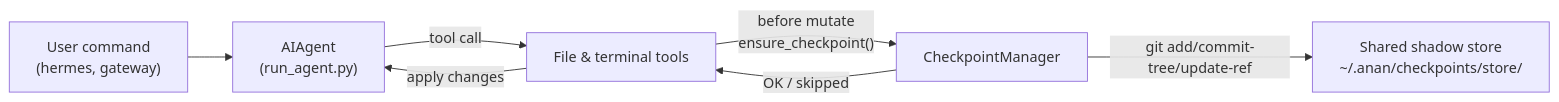
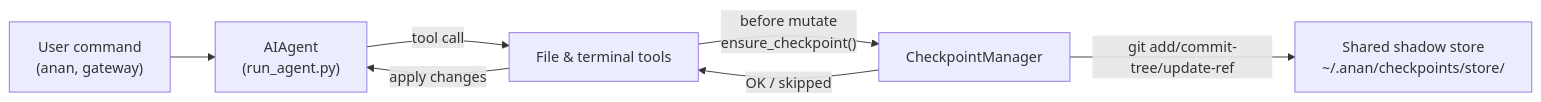
The diagram in website/docs/user-guide/checkpoints-and-rollback.md (sinoclaw/anan), drawn with Mermaid before and after one commit. The commit also changed other lines of this file and 409 other files, not shown here.

Commit message:
品牌清理：文档/SKILL/locales 全量 hermes→anan（kernel/layers 源码除外）

````diff
--- a/website/docs/user-guide/checkpoints-and-rollback.md
+++ b/website/docs/user-guide/checkpoints-and-rollback.md
@@ -69,15 +69,15 @@
 ```mermaid
 flowchart LR
-  user["User command\n(hermes, gateway)"]
+  user["User command\n(anan, gateway)"]
   agent["AIAgent\n(run_agent.py)"]
   tools["File & terminal tools"]
   cpMgr["CheckpointManager"]
   store["Shared shadow store\n~/.anan/checkpoints/store/"]
 
   user --> agent
   agent -->|"tool call"| tools
   tools -->|"before mutate\nensure_checkpoint()"| cpMgr
   cpMgr -->|"git add/commit-tree/update-ref"| store
   cpMgr -->|"OK / skipped"| tools
   tools -->|"apply changes"| agent
 ```
````
